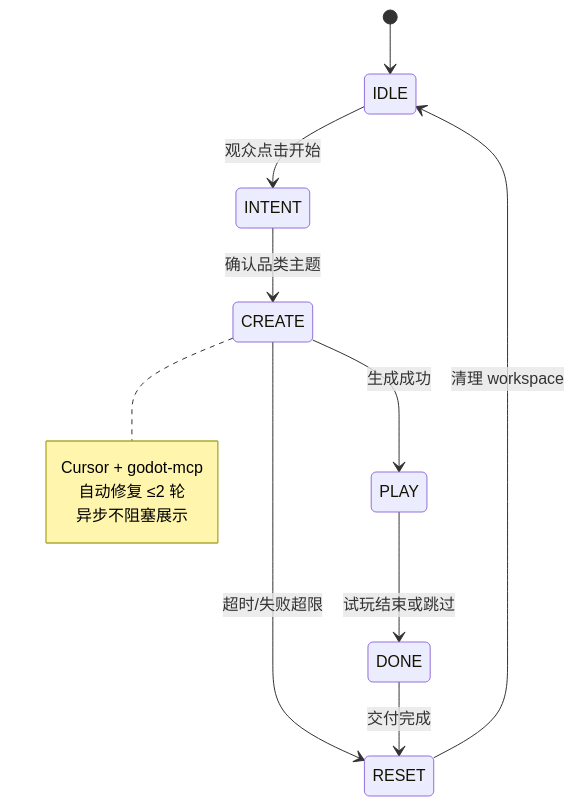
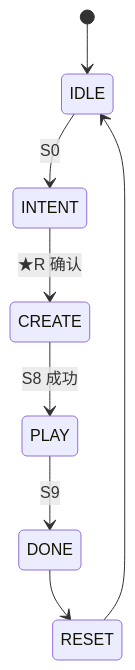
One commit to DomenRaven/Wensan-Road-Ai-city-Game changed the diagram in 开发文档/架构/系统业务流程说明_v1.0.md. Above: the diagram before and after it, drawn with Mermaid. The commit also changed other lines of this file and 20228 other files, not shown here.

````diff
--- a/开发文档/架构/系统业务流程说明_v1.0.md
+++ b/开发文档/架构/系统业务流程说明_v1.0.md
@@ -15,17 +15,10 @@
 ```mermaid
 stateDiagram-v2
     [*] --> IDLE
-    IDLE --> INTENT: 观众点击开始
-    INTENT --> CREATE: 确认品类主题
-    CREATE --> PLAY: 生成成功
-    CREATE --> RESET: 超时/失败超限
-    PLAY --> DONE: 试玩结束或跳过
-    DONE --> RESET: 交付完成
-    RESET --> IDLE: 清理 workspace
-
-    note right of CREATE
-        Cursor + godot-mcp
-        自动修复 ≤2 轮
-        异步不阻塞展示
-    end note
+    IDLE --> INTENT: S0
+    INTENT --> CREATE: ★R 确认
+    CREATE --> PLAY: S8 成功
+    PLAY --> DONE: S9
+    DONE --> RESET
+    RESET --> IDLE
 ```
````
